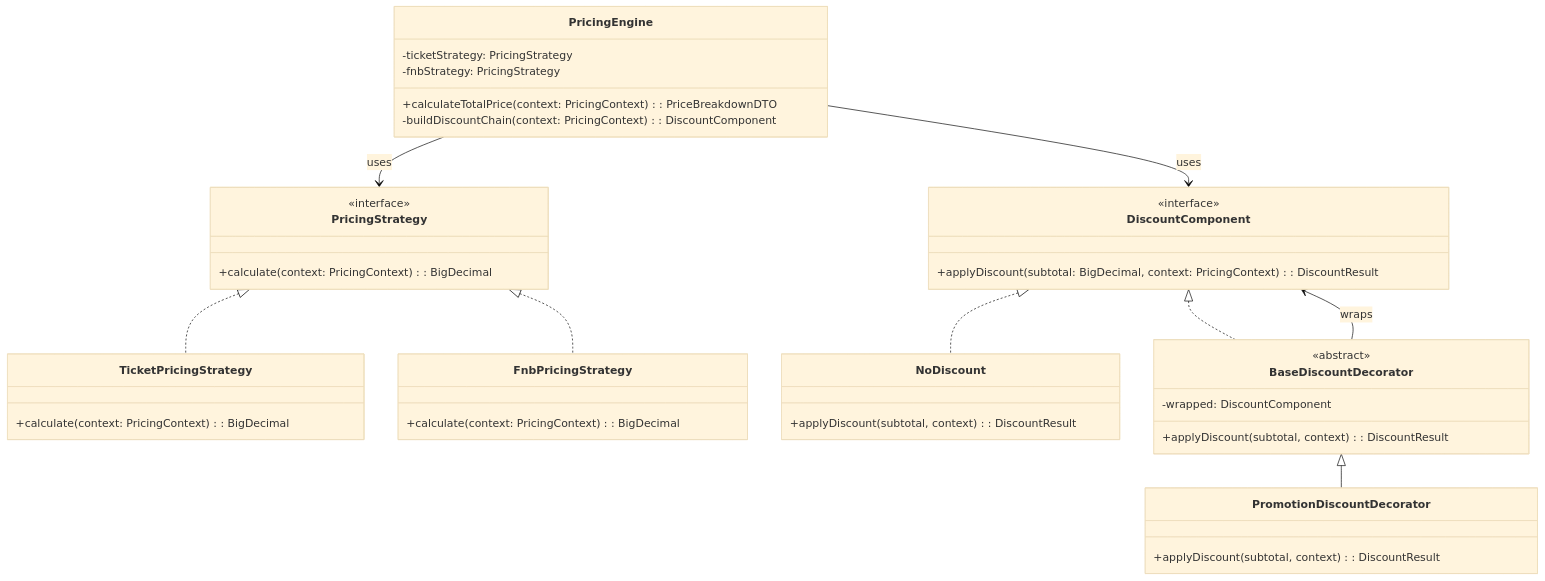
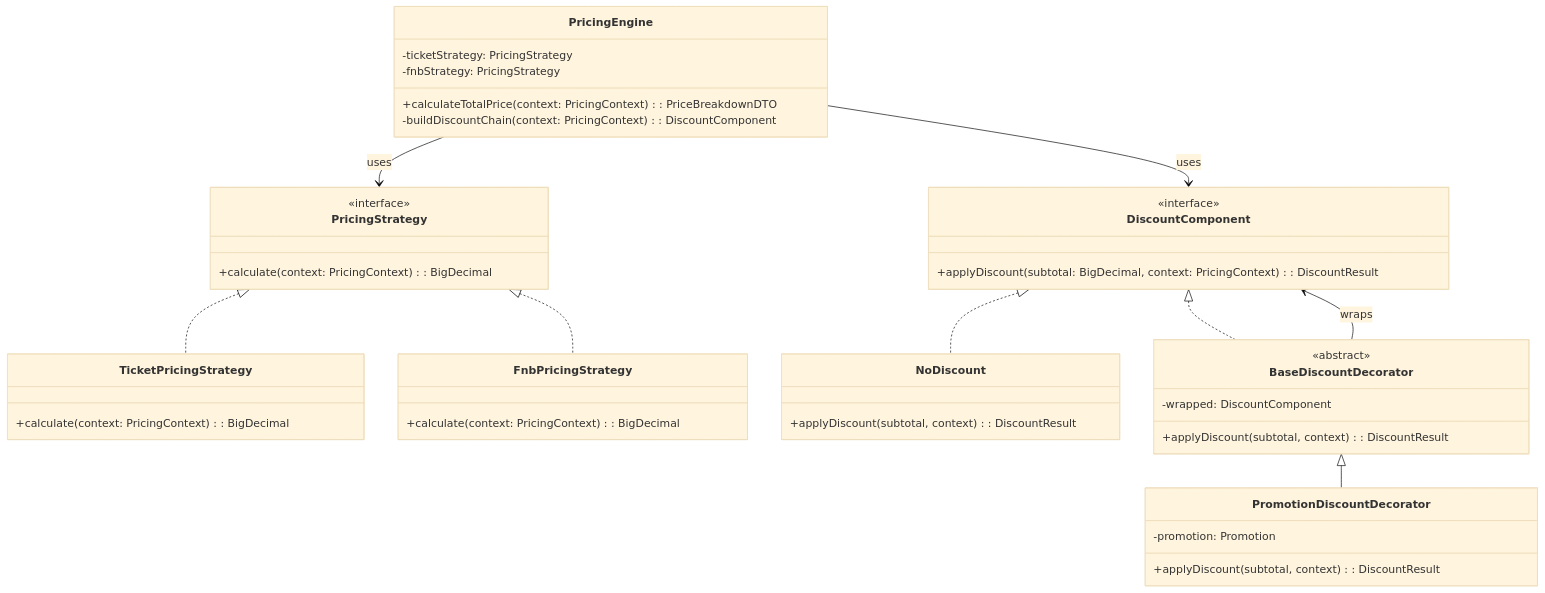
One commit to anhtudayne/Design_Pattern changed the second of 5 diagrams in Tu_Design_Pattern.md. Above: the diagram before and after it, drawn with Mermaid (base theme). The commit also changed other lines of this file and 78 other files, not shown here.

````diff
--- a/Tu_Design_Pattern.md
+++ b/Tu_Design_Pattern.md
@@ -143,54 +120,55 @@
 ```mermaid
 classDiagram
     direction TB
     
     class PricingStrategy {
         <<interface>>
         +calculate(context: PricingContext) : BigDecimal
     }
     
     class TicketPricingStrategy {
         +calculate(context: PricingContext) : BigDecimal
     }
     
     class FnbPricingStrategy {
         +calculate(context: PricingContext) : BigDecimal
     }
     
     PricingStrategy <|.. TicketPricingStrategy
     PricingStrategy <|.. FnbPricingStrategy
     
     class DiscountComponent {
         <<interface>>
         +applyDiscount(subtotal: BigDecimal, context: PricingContext) : DiscountResult
     }
     
     class NoDiscount {
         +applyDiscount(subtotal, context) : DiscountResult
     }
     
     class BaseDiscountDecorator {
         <<abstract>>
         -wrapped: DiscountComponent
         +applyDiscount(subtotal, context) : DiscountResult
     }
     
     class PromotionDiscountDecorator {
+        -promotion: Promotion
         +applyDiscount(subtotal, context) : DiscountResult
     }
 
     DiscountComponent <|.. NoDiscount
     DiscountComponent <|.. BaseDiscountDecorator
     BaseDiscountDecorator <|-- PromotionDiscountDecorator
     BaseDiscountDecorator --> DiscountComponent : wraps
 
     class PricingEngine {
         -ticketStrategy: PricingStrategy
         -fnbStrategy: PricingStrategy
         +calculateTotalPrice(context: PricingContext) : PriceBreakdownDTO
         -buildDiscountChain(context: PricingContext) : DiscountComponent
     }
     
     PricingEngine --> PricingStrategy : uses
     PricingEngine --> DiscountComponent : uses
 ```
````
